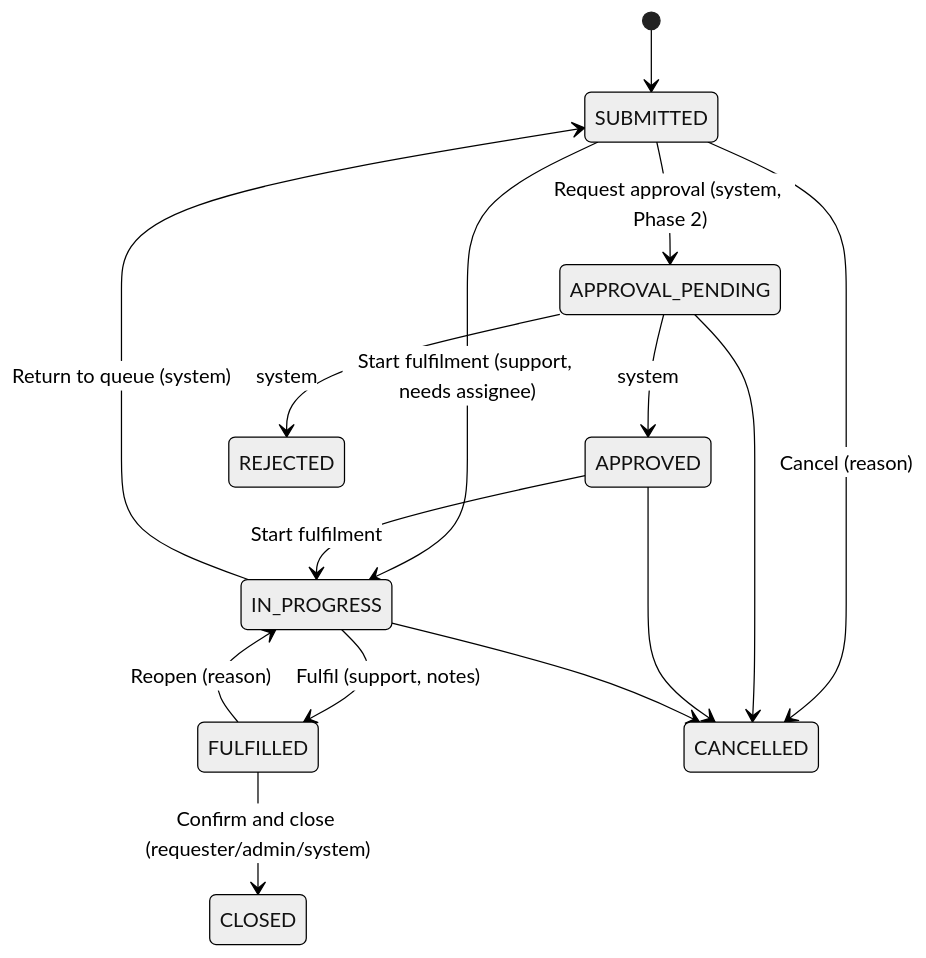
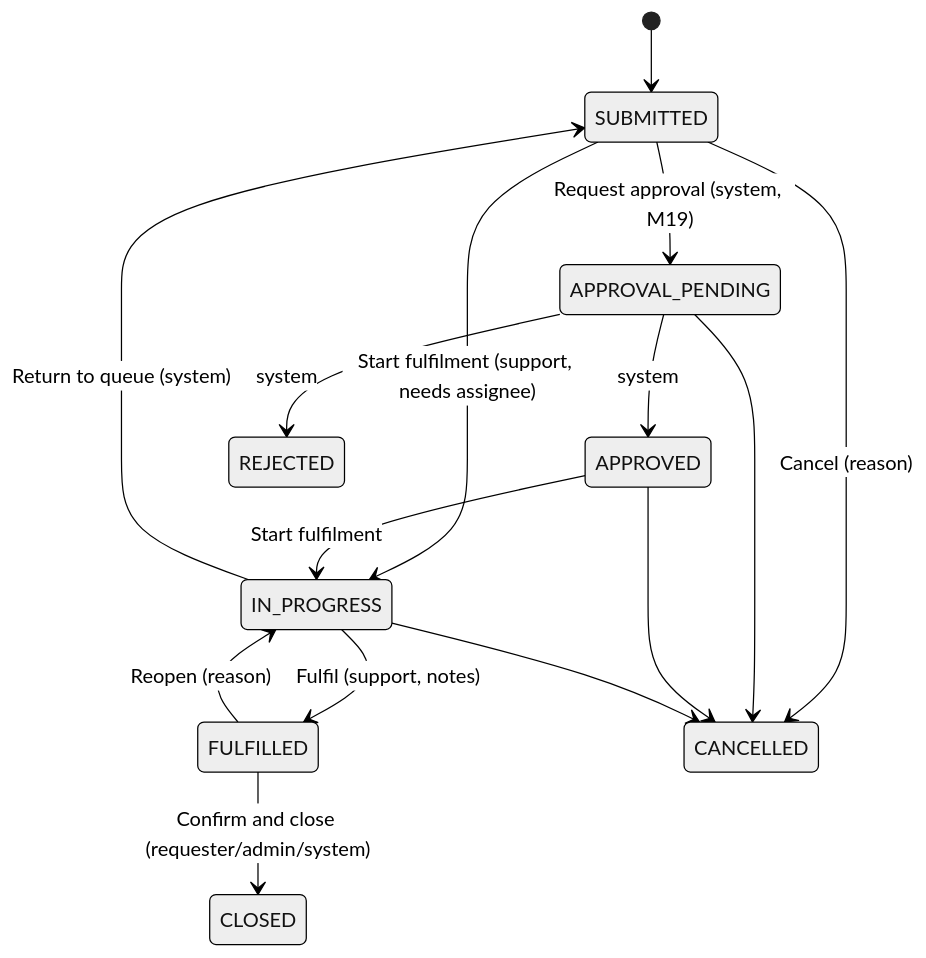
Before and after one commit to Adebozz/enterprise-service-management: the sixth of 8 diagrams in docs/architecture.md, drawn with Mermaid (neutral theme). The commit also changed other lines of this file and 55 other files, not shown here.

````diff
--- a/docs/architecture.md
+++ b/docs/architecture.md
@@ -312,17 +313,17 @@
 ```mermaid
 stateDiagram-v2
     [*] --> SUBMITTED
     SUBMITTED --> IN_PROGRESS: Start fulfilment (support, needs assignee)
-    SUBMITTED --> APPROVAL_PENDING: Request approval (system, Phase 2)
+    SUBMITTED --> APPROVAL_PENDING: Request approval (system, M19)
     APPROVAL_PENDING --> APPROVED: system
     APPROVAL_PENDING --> REJECTED: system
     APPROVED --> IN_PROGRESS: Start fulfilment
     IN_PROGRESS --> FULFILLED: Fulfil (support, notes)
     IN_PROGRESS --> SUBMITTED: Return to queue (system)
     FULFILLED --> IN_PROGRESS: Reopen (reason)
     FULFILLED --> CLOSED: Confirm and close (requester/admin/system)
     SUBMITTED --> CANCELLED: Cancel (reason)
     APPROVAL_PENDING --> CANCELLED
     APPROVED --> CANCELLED
     IN_PROGRESS --> CANCELLED
 ```
````
